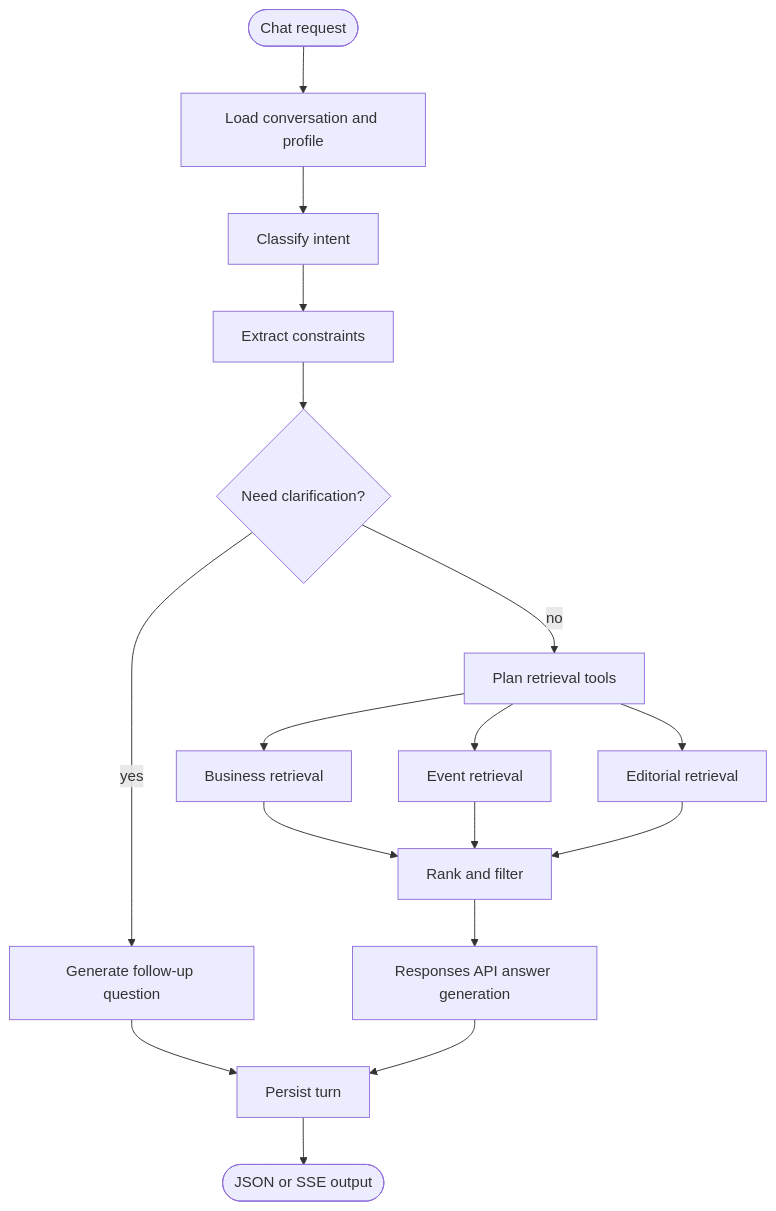
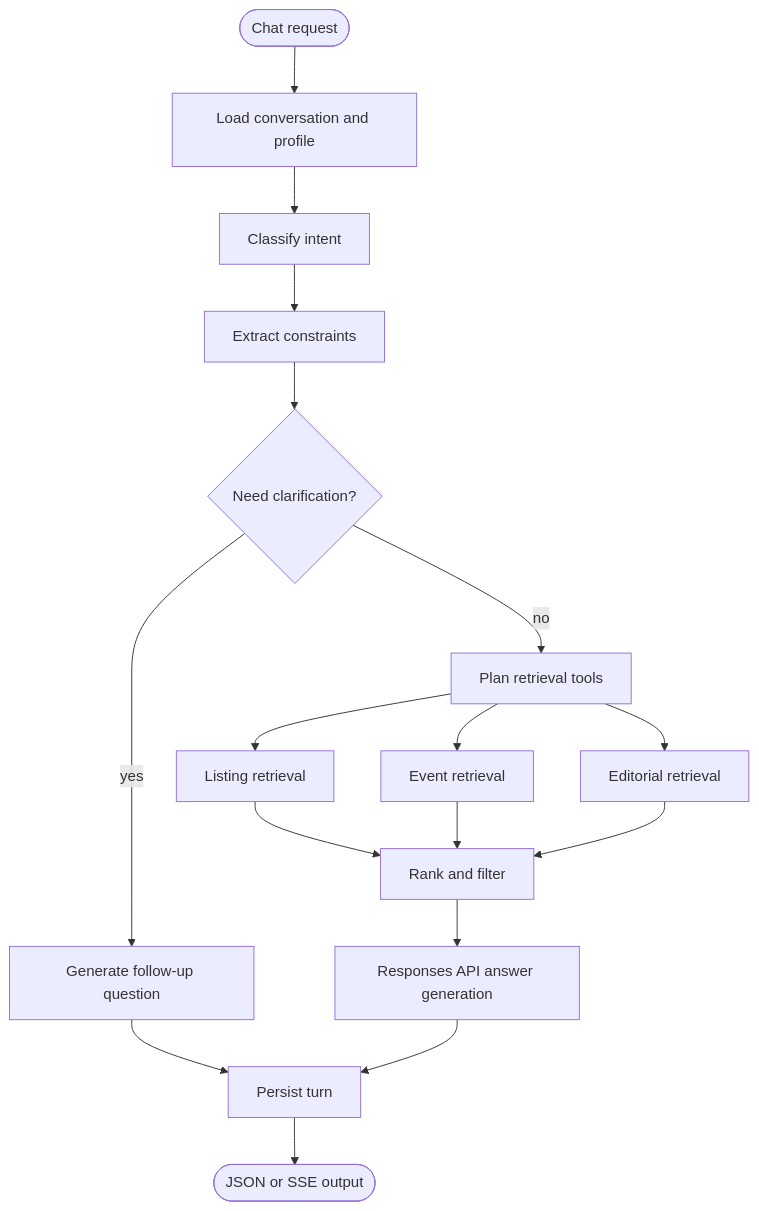
Before and after one commit to sovware/ask-sunny-docs: the second of 5 diagrams in server/SERVER_APP_ARCHITECTURE.md, drawn with Mermaid. The commit also changed other lines of this file and 8 other files, not shown here.

````diff
--- a/server/SERVER_APP_ARCHITECTURE.md
+++ b/server/SERVER_APP_ARCHITECTURE.md
@@ -100,19 +100,19 @@
 ```mermaid
 flowchart TD
   Start([Chat request]) --> Load[Load conversation and profile]
   Load --> Classify[Classify intent]
   Classify --> Extract[Extract constraints]
   Extract --> Clarify{Need clarification?}
   Clarify -- yes --> GenerateClarify[Generate follow-up question]
   Clarify -- no --> ToolPlan[Plan retrieval tools]
-  ToolPlan --> Business[Business retrieval]
+  ToolPlan --> Listings[Listing retrieval]
   ToolPlan --> Events[Event retrieval]
   ToolPlan --> Editorial[Editorial retrieval]
-  Business --> Rank[Rank and filter]
+  Listings --> Rank[Rank and filter]
   Events --> Rank
   Editorial --> Rank
   Rank --> Generate[Responses API answer generation]
   GenerateClarify --> Persist[Persist turn]
   Generate --> Persist
   Persist --> End([JSON or SSE output])
 ```
````
